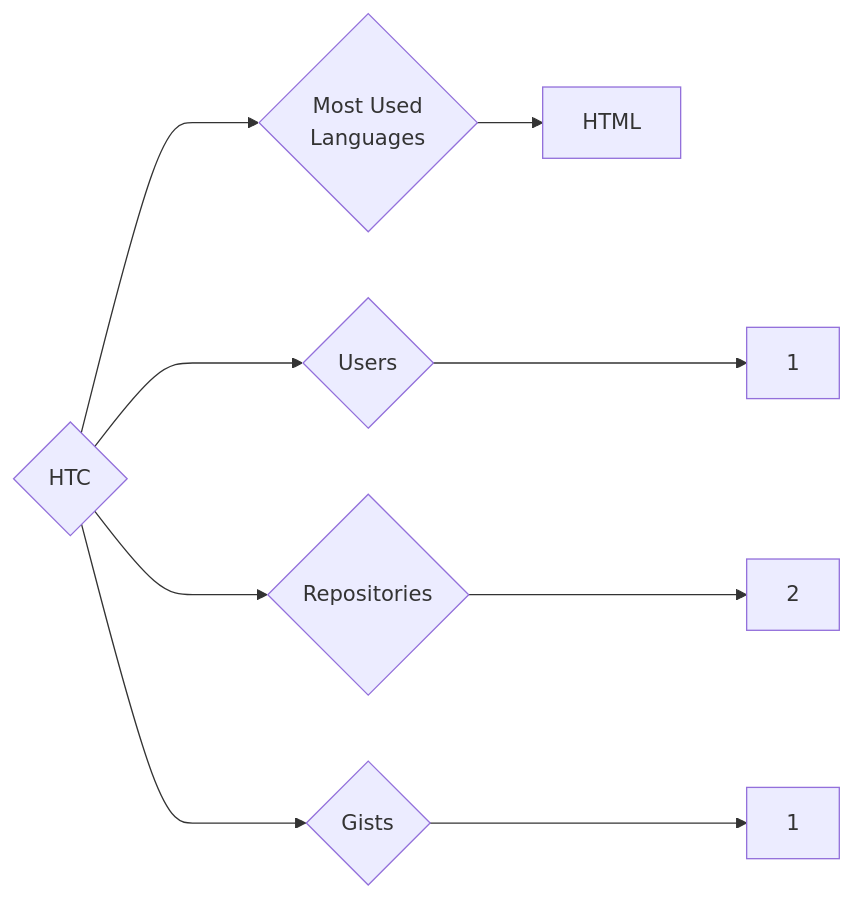
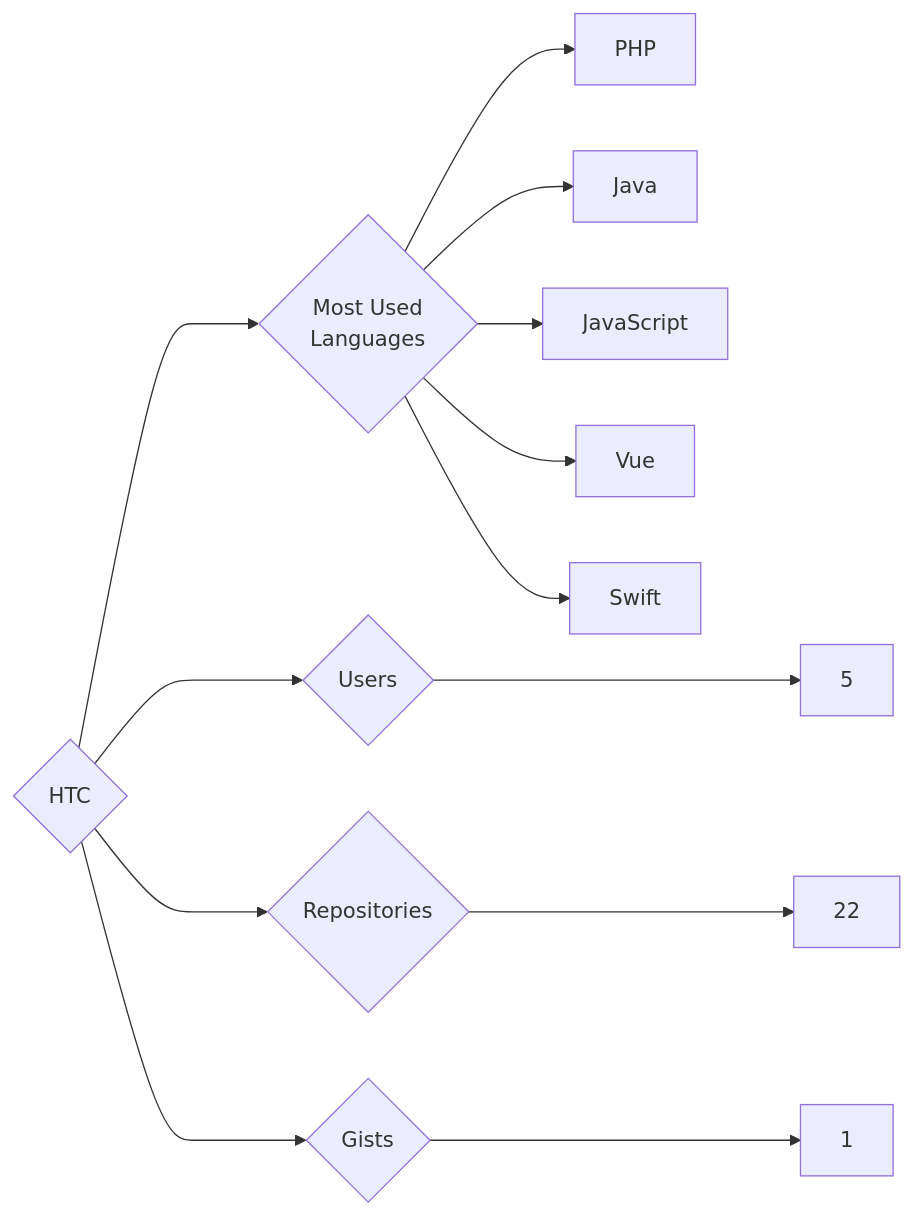
One commit to trickest/insiders changed the diagram in targets/HTC/README.md. Above: the diagram before and after it, drawn with Mermaid. The commit also changed 998 other files, not shown here.

````diff
--- a/targets/HTC/README.md
+++ b/targets/HTC/README.md
@@ -3,9 +3,13 @@
 ```mermaid
 graph LR
 COMPANY_NAME{HTC}
-COMPANY_NAME ---> U{Users} ---> UN[1]
-COMPANY_NAME ---> R{Repositories} ---> RN[2]
+COMPANY_NAME ---> U{Users} ---> UN[5]
+COMPANY_NAME ---> R{Repositories} ---> RN[22]
 COMPANY_NAME ---> G{Gists} ---> GN[1]
 COMPANY_NAME ---> ML{Most Used<br>Languages}
-ML --> HTML[HTML]
+ML --> PHP[PHP]
+ML --> Java[Java]
+ML --> JavaScript[JavaScript]
+ML --> Vue[Vue]
+ML --> Swift[Swift]
 ```
````
